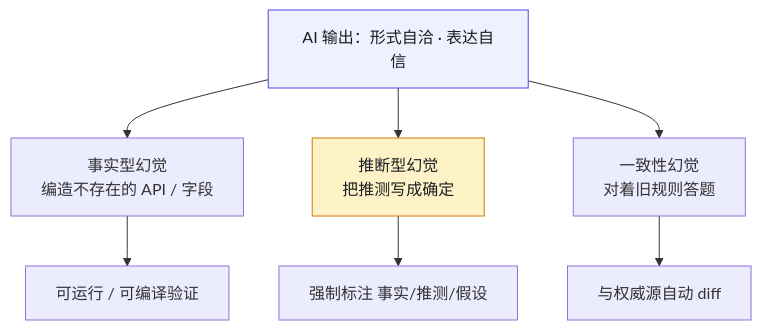
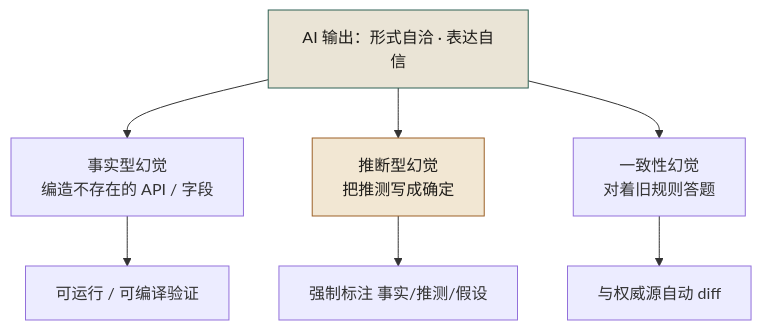
The first of 3 diagrams in docs/manuscript/ch29-第24章-AI评审与幻觉处理.md (funny8kids/AI_Native_Software_Engineering), drawn with Mermaid before and after one commit. The commit also changed other lines of this file and 81 other files, not shown here.

````diff
--- a/docs/manuscript/ch29-第24章-AI评审与幻觉处理.md
+++ b/docs/manuscript/ch29-第24章-AI评审与幻觉处理.md
@@ -30,11 +30,11 @@
 ```mermaid
 flowchart TB
   H["AI 输出：形式自洽 · 表达自信"] --> T1[事实型幻觉<br/>编造不存在的 API / 字段]
   H --> T2[推断型幻觉<br/>把推测写成确定]
   H --> T3[一致性幻觉<br/>对着旧规则答题]
   T1 --> M1[可运行 / 可编译验证]
   T2 --> M2[强制标注 事实/推测/假设]
   T3 --> M3[与权威源自动 diff]
-  style H fill:#eef2ff,stroke:#4f46e5,color:#1a1d23
-  style T2 fill:#fef3c7,stroke:#d97706,color:#1a1d23
+  style H fill:#eae4d6,stroke:#2f6154,color:#1e1c19
+  style T2 fill:#f2e7d3,stroke:#9d6127,color:#1e1c19
 ```
````
